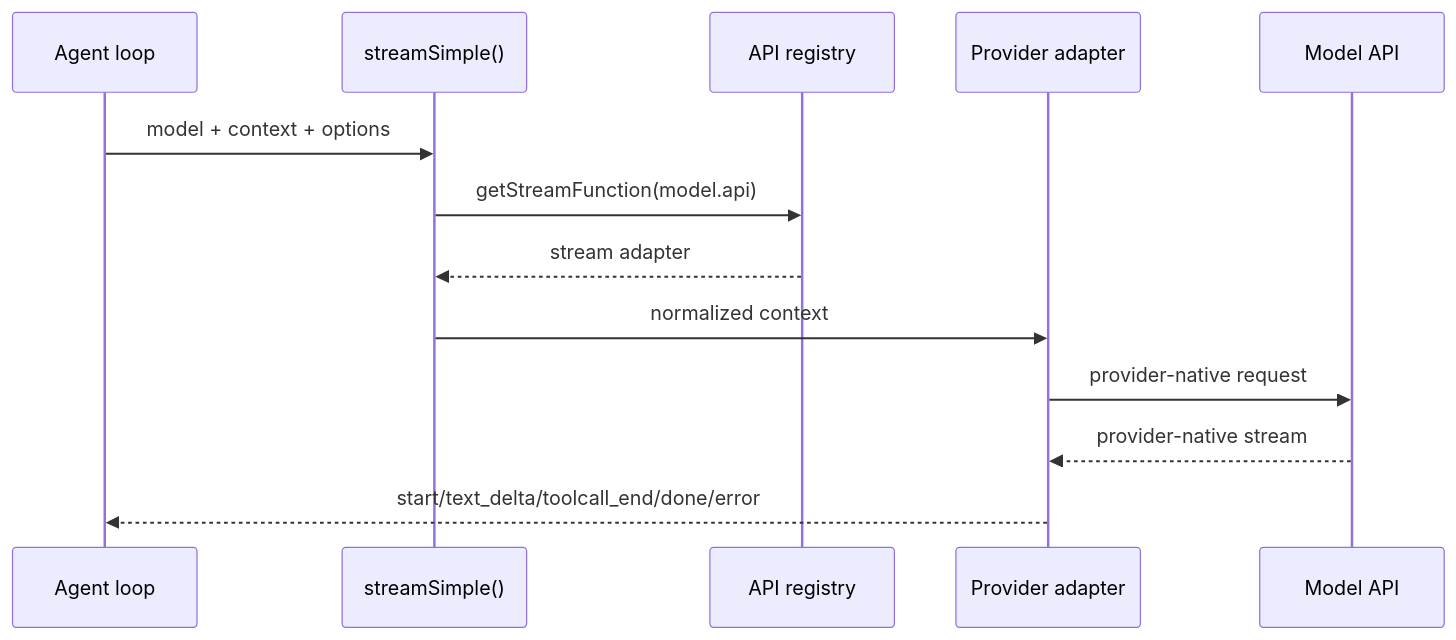
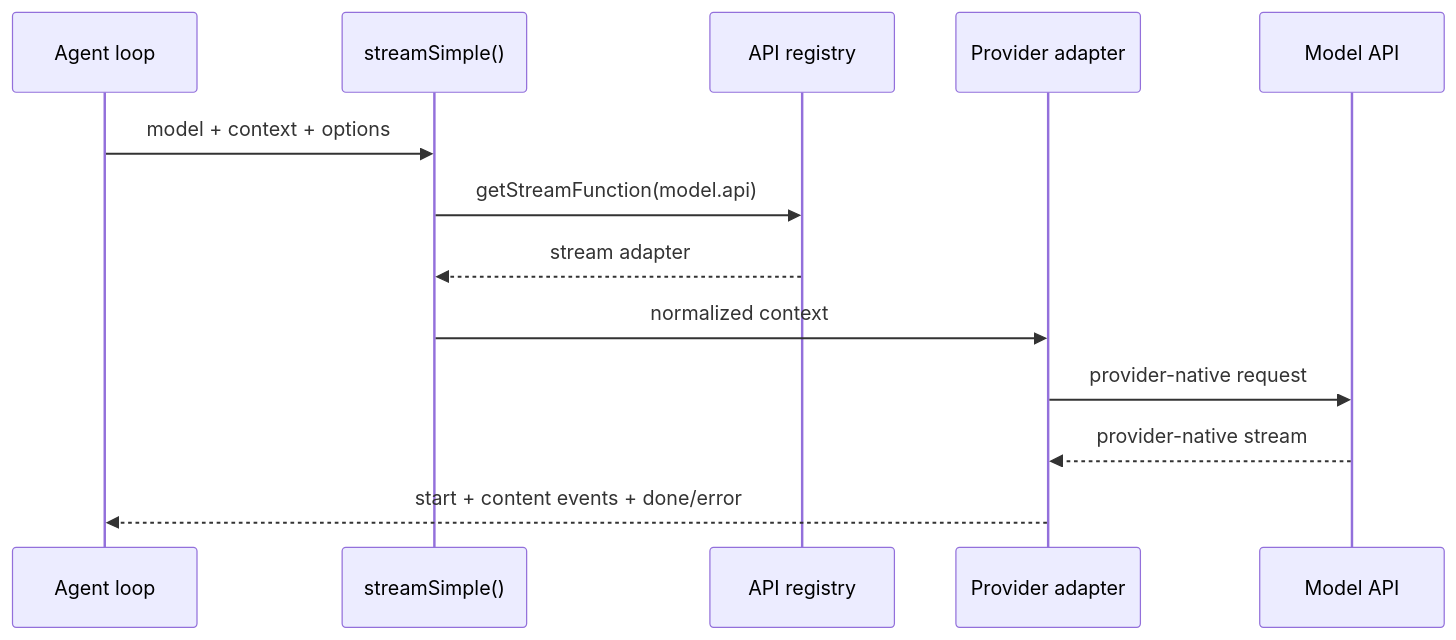
Before and after one commit to zenHeart/pi: the diagram in book/chapters/chapter-05-pi-ai-stream.md, drawn with Mermaid. The commit also changed other lines of this file and 32 other files, not shown here.

````diff
--- a/book/chapters/chapter-05-pi-ai-stream.md
+++ b/book/chapters/chapter-05-pi-ai-stream.md
@@ -34,16 +34,16 @@
 ```mermaid
 sequenceDiagram
     participant Core as Agent loop
     participant Stream as streamSimple()
     participant Registry as API registry
     participant Adapter as Provider adapter
     participant Model as Model API
 
     Core->>Stream: model + context + options
     Stream->>Registry: getStreamFunction(model.api)
     Registry-->>Stream: stream adapter
     Stream->>Adapter: normalized context
     Adapter->>Model: provider-native request
     Model-->>Adapter: provider-native stream
-    Adapter-->>Core: start/text_delta/toolcall_end/done/error
+    Adapter-->>Core: start + content events + done/error
 ```
````
